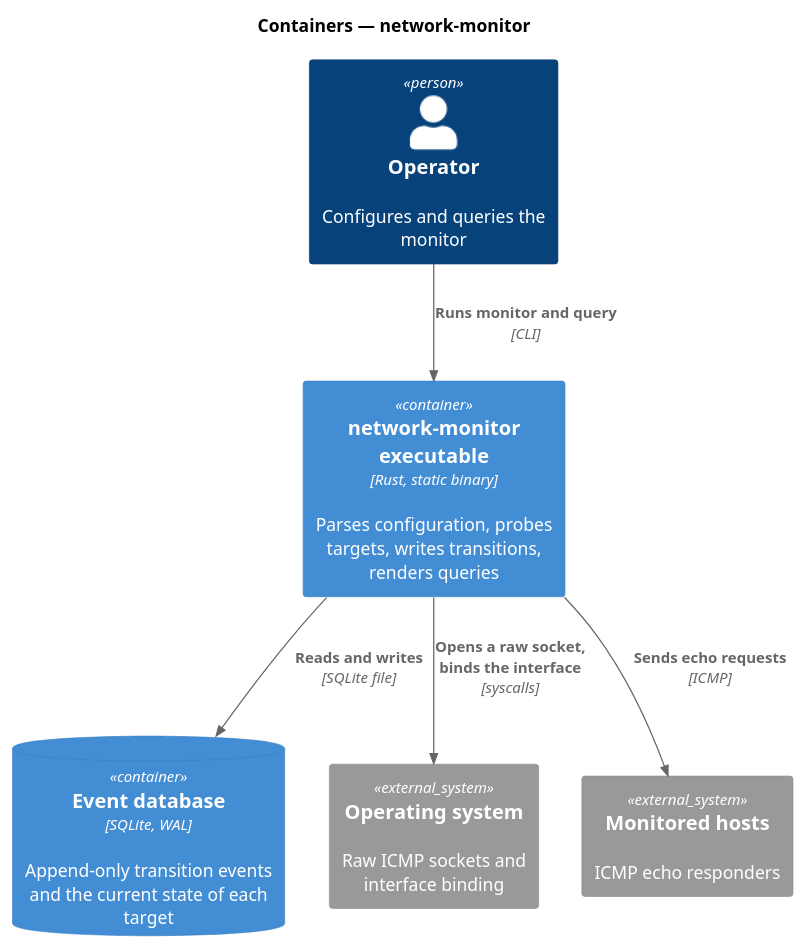
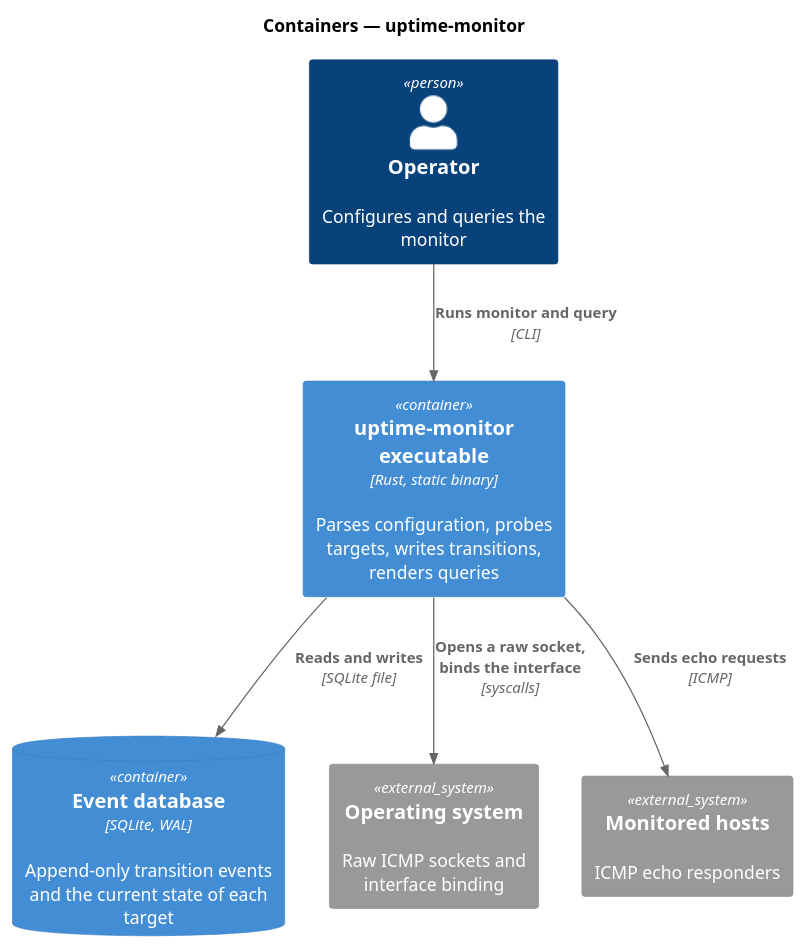
Before and after one commit to dashie/network-monitor: the second of 3 diagrams in docs/ARCHITECTURE.md, drawn with PlantUML. The commit also changed other lines of this file and 61 other files, not shown here.

Commit message:
refactor(repository-wide): rename the tool to uptime-monitor

````diff
--- a/docs/ARCHITECTURE.md
+++ b/docs/ARCHITECTURE.md
@@ -110,20 +110,20 @@
 ```plantuml
 @startuml
 !include <C4/C4_Container>
 
-title Containers — network-monitor
+title Containers — uptime-monitor
 
 Person(operator, "Operator", "Configures and queries the monitor")
 
-Container(cli, "network-monitor executable", "Rust, static binary", "Parses configuration, probes targets, writes transitions, renders queries")
+Container(cli, "uptime-monitor executable", "Rust, static binary", "Parses configuration, probes targets, writes transitions, renders queries")
 ContainerDb(db, "Event database", "SQLite, WAL", "Append-only transition events and the current state of each target")
 
 System_Ext(os, "Operating system", "Raw ICMP sockets and interface binding")
 System_Ext(hosts, "Monitored hosts", "ICMP echo responders")
 
 Rel(operator, cli, "Runs monitor and query", "CLI")
 Rel(cli, db, "Reads and writes", "SQLite file")
 Rel(cli, os, "Opens a raw socket, binds the interface", "syscalls")
 Rel(cli, hosts, "Sends echo requests", "ICMP")
 @enduml
 ```
````
